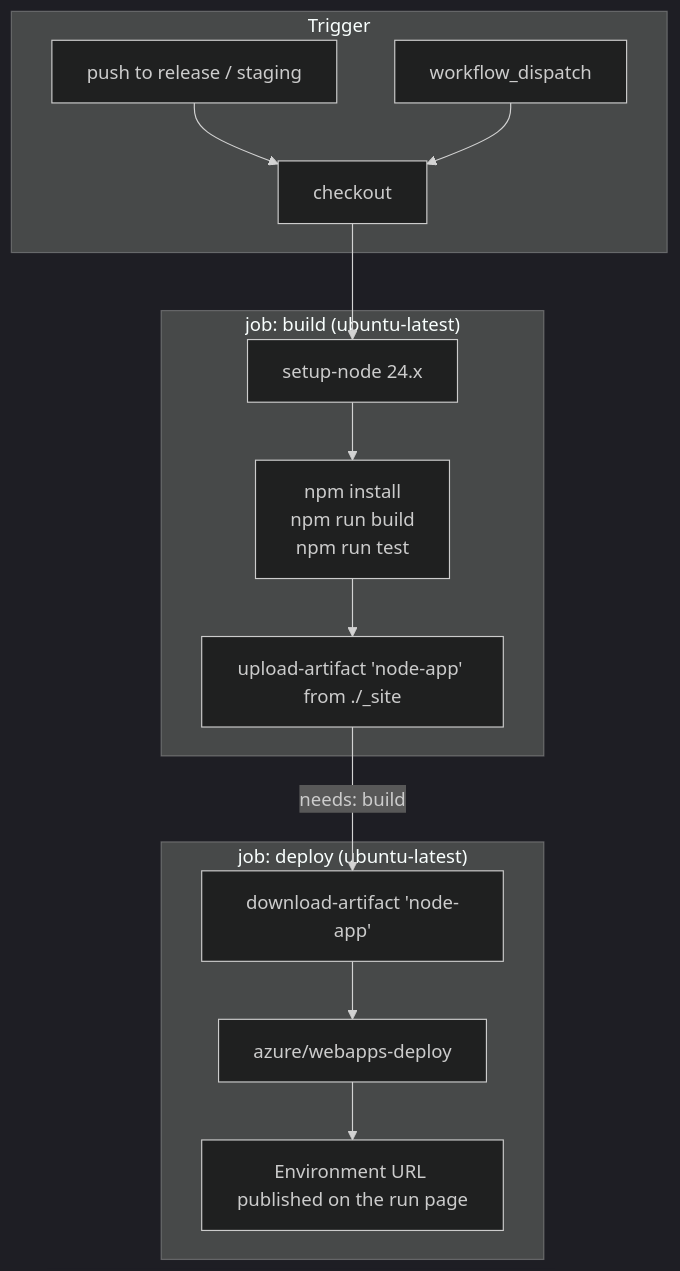
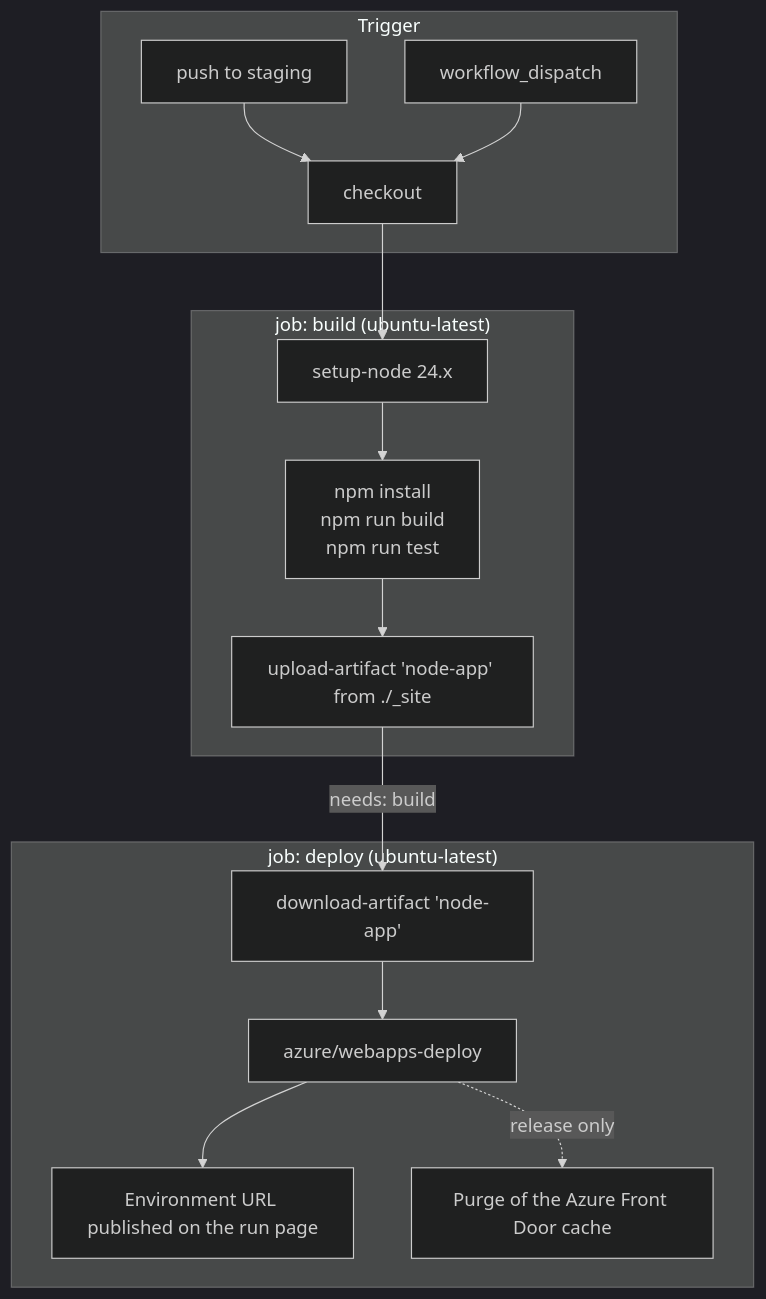
The second of 3 diagrams in en/contributors/website/github-actions.md (stride3d/stride-docs), drawn with Mermaid (dark theme) before and after one commit. The commit also changed other lines of this file and 4 other files, not shown here.

Commit message:
chore: Production deploys purge the Azure Front Door cache of what they replaced; the website workflows docs follow the manual release from master and the Staging environment of the staging deploy

````diff
--- a/en/contributors/website/github-actions.md
+++ b/en/contributors/website/github-actions.md
@@ -70,20 +69,21 @@
 ``` mermaid
 flowchart TD
     subgraph Trigger
-      T1[push to release / staging] --> J1
+      T1[push to staging] --> J1
       T2[workflow_dispatch] --> J1
     end
 
     subgraph "job: build (ubuntu-latest)"
       J1[checkout] --> J2[setup-node 24.x]
       J2 --> J3["npm install<br/>npm run build<br/>npm run test"]
       J3 --> J4["upload-artifact 'node-app' from ./_site"]
     end
 
     J4 -->|needs: build| J5
 
     subgraph "job: deploy (ubuntu-latest)"
       J5["download-artifact 'node-app'"] --> J6[azure/webapps-deploy]
       J6 --> J7[Environment URL published on the run page]
+      J6 -.->|release only| J8[Purge of the Azure Front Door cache]
     end
 ```
````
